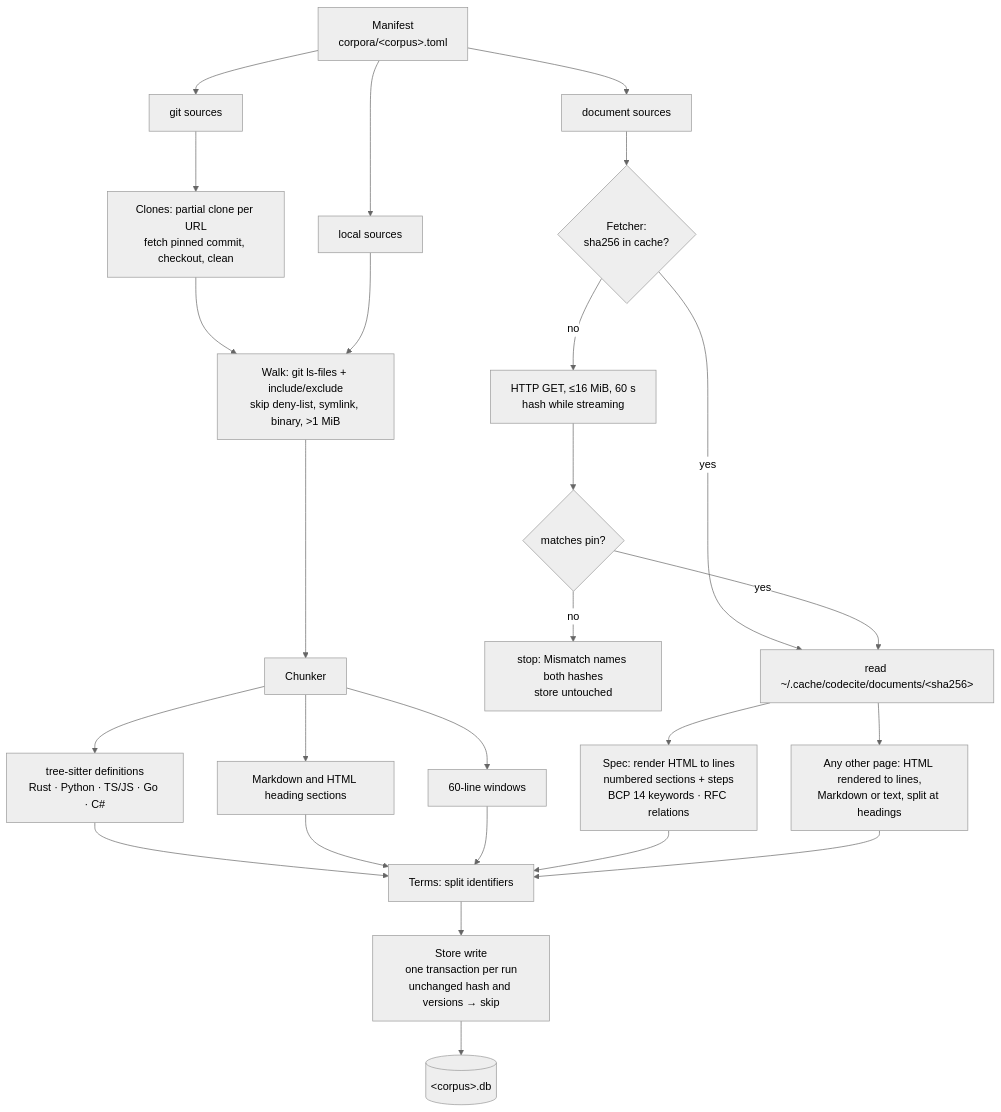
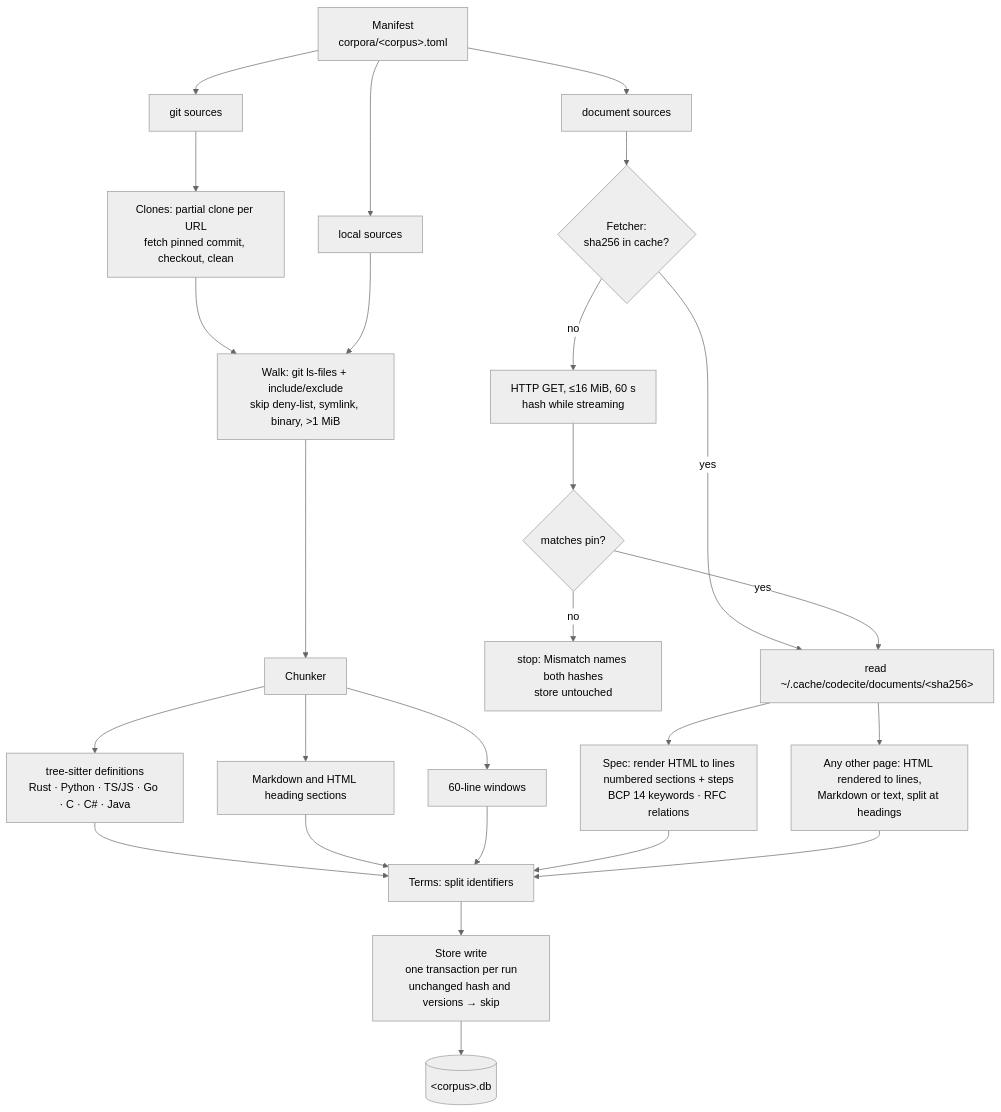
The third of 5 diagrams in docs/design.md (jamescrowley321/codecite), drawn with Mermaid (neutral theme) before and after one commit. The commit also changed other lines of this file and 19 other files, not shown here.

First line of the commit message:
feat(index): index C and Java definitions (#272)

````diff
--- a/docs/design.md
+++ b/docs/design.md
@@ -96,21 +96,21 @@
 ```mermaid
 flowchart TD
   manifest["Manifest<br/>corpora/#lt;corpus#gt;.toml"] --> docs & gits & locals
   docs["document sources"] --> fetcher{"Fetcher:<br/>sha256 in cache?"}
   fetcher -- yes --> cached["read ~/.cache/codecite/documents/#lt;sha256#gt;"]
   fetcher -- no --> get["HTTP GET, ≤16 MiB, 60 s<br/>hash while streaming"] --> pin{"matches pin?"}
   pin -- no --> stop["stop: Mismatch names both hashes<br/>store untouched"]
   pin -- yes --> cached
   gits["git sources"] --> clones["Clones: partial clone per URL<br/>fetch pinned commit, checkout, clean"]
   clones --> walk
   locals["local sources"] --> walk["Walk: git ls-files + include/exclude<br/>skip deny-list, symlink, binary, #gt;1 MiB"]
   walk --> chunker["Chunker"]
-  chunker --> ts["tree-sitter definitions<br/>Rust · Python · TS/JS · Go · C#"]
+  chunker --> ts["tree-sitter definitions<br/>Rust · Python · TS/JS · Go · C · C# · Java"]
   chunker --> md["Markdown and HTML heading sections"]
   chunker --> win["60-line windows"]
   cached --> spec["Spec: render HTML to lines<br/>numbered sections + steps<br/>BCP 14 keywords · RFC relations"]
   cached --> doc["Any other page: HTML rendered to lines,<br/>Markdown or text, split at headings"]
   ts & md & win & spec & doc --> terms["Terms: split identifiers"]
   terms --> write["Store write<br/>one transaction per run<br/>unchanged hash and versions → skip"]
   write --> db[("#lt;corpus#gt;.db")]
 ```
````
